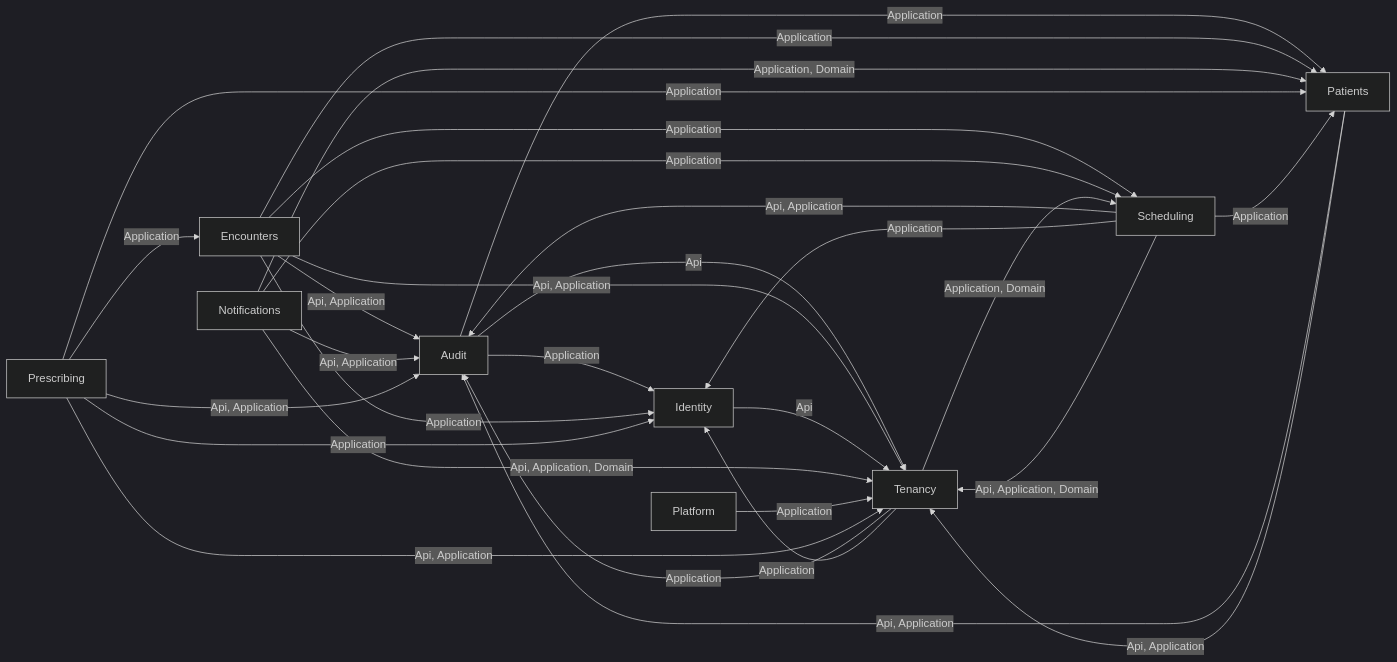
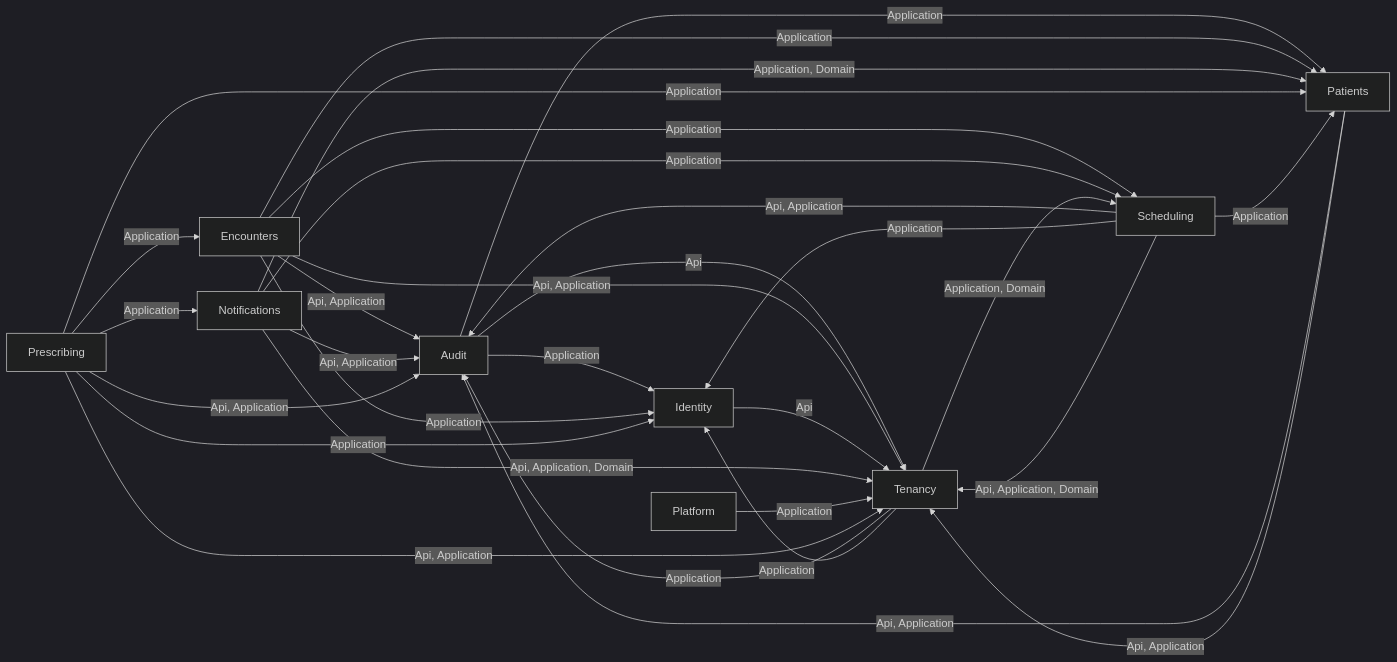
Before and after one commit to ALFRED-LUCIFER/medvya: the second of 14 diagrams in docs/03-architecture/erd.md, drawn with Mermaid (dark theme). The commit also changed other lines of this file and 21 other files, not shown here.

````diff
--- a/docs/03-architecture/erd.md
+++ b/docs/03-architecture/erd.md
@@ -56,31 +56,32 @@
 ```mermaid
 flowchart LR
   Audit -->|"Application"| Identity
   Audit -->|"Application"| Patients
   Audit -->|"Api"| Tenancy
   Encounters -->|"Api, Application"| Audit
   Encounters -->|"Application"| Identity
   Encounters -->|"Application"| Patients
   Encounters -->|"Application"| Scheduling
   Encounters -->|"Api, Application"| Tenancy
   Identity -->|"Api"| Tenancy
   Notifications -->|"Api, Application"| Audit
   Notifications -->|"Application, Domain"| Patients
   Notifications -->|"Application"| Scheduling
   Notifications -->|"Api, Application, Domain"| Tenancy
   Patients -->|"Api, Application"| Audit
   Patients -->|"Api, Application"| Tenancy
   Platform -->|"Application"| Tenancy
   Prescribing -->|"Api, Application"| Audit
   Prescribing -->|"Application"| Encounters
   Prescribing -->|"Application"| Identity
+  Prescribing -->|"Application"| Notifications
   Prescribing -->|"Application"| Patients
   Prescribing -->|"Api, Application"| Tenancy
   Scheduling -->|"Api, Application"| Audit
   Scheduling -->|"Application"| Identity
   Scheduling -->|"Application"| Patients
   Scheduling -->|"Api, Application, Domain"| Tenancy
   Tenancy -->|"Application"| Audit
   Tenancy -->|"Application"| Identity
   Tenancy -->|"Application, Domain"| Scheduling
 ```
````
